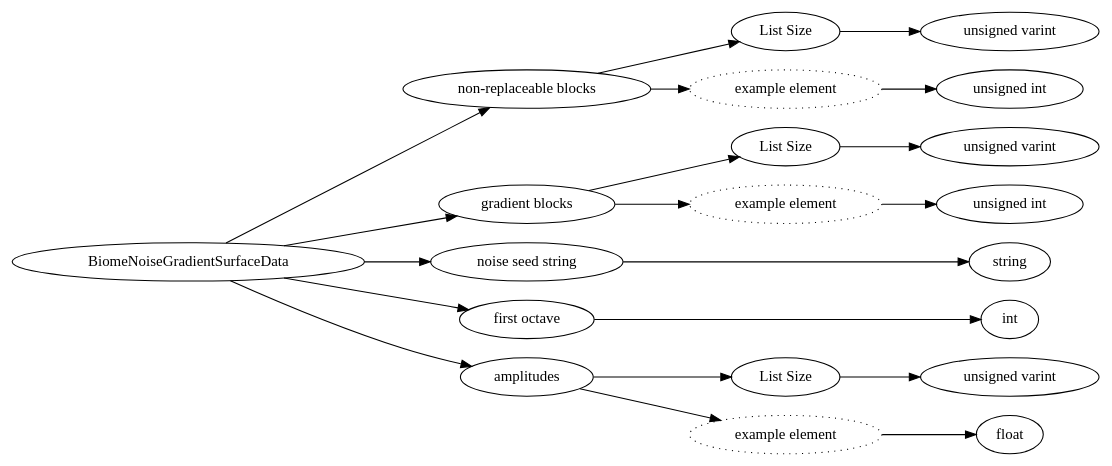
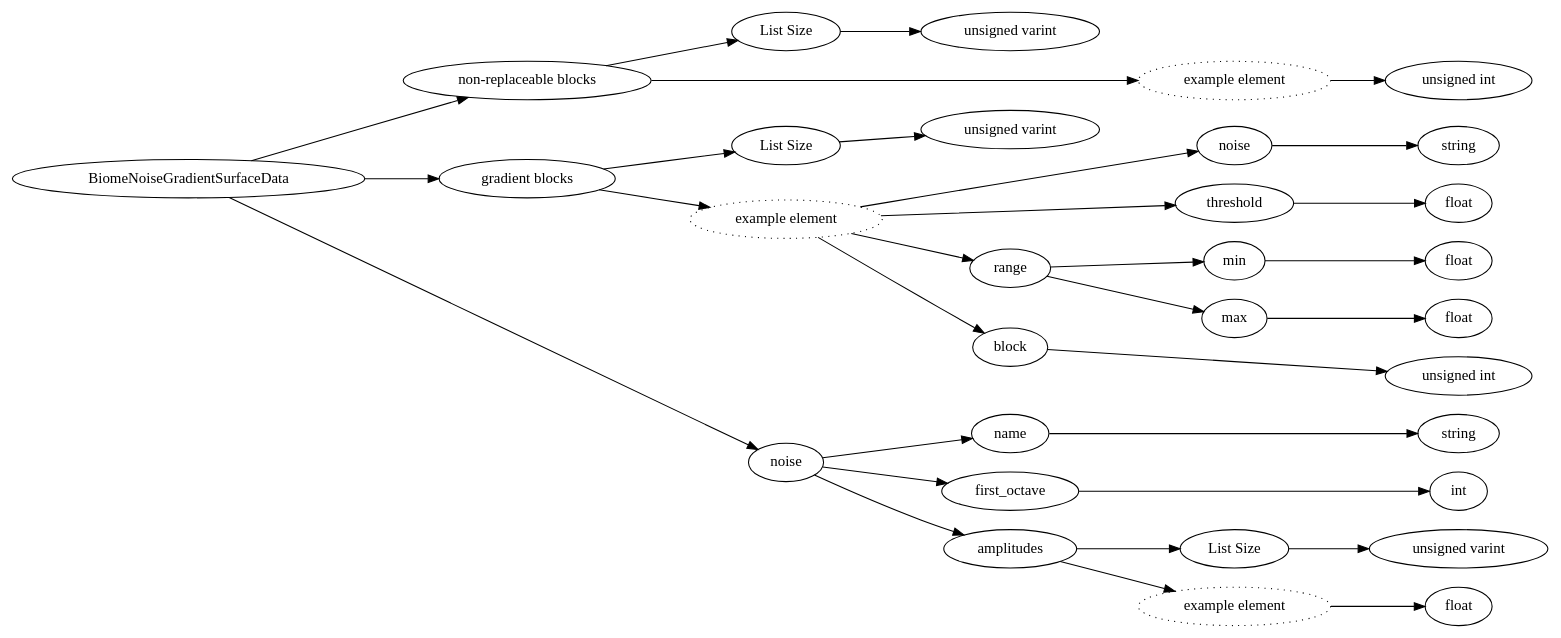
The diagram in dot/BiomeNoiseGradientSurfaceData.dot (Mojang/bedrock-protocol-docs), drawn with Graphviz before and after one commit. The commit also changed 433 other files, not shown here.

```diff
--- a/dot/BiomeNoiseGradientSurfaceData.dot
+++ b/dot/BiomeNoiseGradientSurfaceData.dot
@@ -1,46 +1,68 @@
 digraph "BiomeNoiseGradientSurfaceData" {
 rankdir = LR
 0
 0 -> 1
 1 -> 2
 2 -> 3
 1 -> 4
 4 -> 5
 0 -> 6
 6 -> 7
 7 -> 8
 6 -> 9
 9 -> 10
-0 -> 11
-11 -> 12
-0 -> 13
-13 -> 14
-0 -> 15
+10 -> 11
+9 -> 12
+12 -> 13
+9 -> 14
+14 -> 15
 15 -> 16
-16 -> 17
-15 -> 18
-18 -> 19
+14 -> 17
+17 -> 18
+9 -> 19
+19 -> 20
+0 -> 21
+21 -> 22
+22 -> 23
+21 -> 24
+24 -> 25
+21 -> 26
+26 -> 27
+27 -> 28
+26 -> 29
+29 -> 30
 
 0 [label="BiomeNoiseGradientSurfaceData",comment="name: \"BiomeNoiseGradientSurfaceData\", typeName: \"\", id: 0, branchId: 0, recurseId: -1, attributes: 0, notes: \"\""];
 1 [label="non-replaceable blocks",comment="name: \"non-replaceable blocks\", typeName: \"\", id: 1, branchId: 0, recurseId: -1, attributes: 0, notes: \"\""];
 2 [label="List Size",comment="name: \"List Size\", typeName: \"\", id: 2, branchId: 0, recurseId: -1, attributes: 0, notes: \"\""];
 3 [label="unsigned varint",comment="name: \"unsigned varint\", typeName: \"\", id: 3, branchId: 0, recurseId: -1, attributes: 0, notes: \"\""];
 4 [label="example element",style=dotted,comment="name: \"example element\", typeName: \"\", id: 4, branchId: 0, recurseId: -1, attributes: 16, notes: \"\""];
 5 [label="unsigned int",comment="name: \"unsigned int\", typeName: \"\", id: 5, branchId: 0, recurseId: -1, attributes: 512, notes: \"\""];
 6 [label="gradient blocks",comment="name: \"gradient blocks\", typeName: \"\", id: 6, branchId: 0, recurseId: -1, attributes: 0, notes: \"\""];
 7 [label="List Size",comment="name: \"List Size\", typeName: \"\", id: 7, branchId: 0, recurseId: -1, attributes: 0, notes: \"\""];
 8 [label="unsigned varint",comment="name: \"unsigned varint\", typeName: \"\", id: 8, branchId: 0, recurseId: -1, attributes: 0, notes: \"\""];
 9 [label="example element",style=dotted,comment="name: \"example element\", typeName: \"\", id: 9, branchId: 0, recurseId: -1, attributes: 16, notes: \"\""];
-10 [label="unsigned int",comment="name: \"unsigned int\", typeName: \"\", id: 10, branchId: 0, recurseId: -1, attributes: 512, notes: \"\""];
-11 [label="noise seed string",comment="name: \"noise seed string\", typeName: \"\", id: 11, branchId: 0, recurseId: -1, attributes: 0, notes: \"\""];
-12 [label="string",comment="name: \"string\", typeName: \"\", id: 12, branchId: 0, recurseId: -1, attributes: 512, notes: \"\""];
-13 [label="first octave",comment="name: \"first octave\", typeName: \"\", id: 13, branchId: 0, recurseId: -1, attributes: 0, notes: \"\""];
-14 [label="int",comment="name: \"int\", typeName: \"\", id: 14, branchId: 0, recurseId: -1, attributes: 512, notes: \"\""];
-15 [label="amplitudes",comment="name: \"amplitudes\", typeName: \"\", id: 15, branchId: 0, recurseId: -1, attributes: 0, notes: \"\""];
-16 [label="List Size",comment="name: \"List Size\", typeName: \"\", id: 16, branchId: 0, recurseId: -1, attributes: 0, notes: \"\""];
-17 [label="unsigned varint",comment="name: \"unsigned varint\", typeName: \"\", id: 17, branchId: 0, recurseId: -1, attributes: 0, notes: \"\""];
-18 [label="example element",style=dotted,comment="name: \"example element\", typeName: \"\", id: 18, branchId: 0, recurseId: -1, attributes: 16, notes: \"\""];
-19 [label="float",comment="name: \"float\", typeName: \"\", id: 19, branchId: 0, recurseId: -1, attributes: 512, notes: \"\""];
-{ rank = max;5;10;12;14;19}
+10 [label="noise",comment="name: \"noise\", typeName: \"\", id: 10, branchId: 0, recurseId: -1, attributes: 0, notes: \"\""];
+11 [label="string",comment="name: \"string\", typeName: \"\", id: 11, branchId: 0, recurseId: -1, attributes: 512, notes: \"\""];
+12 [label="threshold",comment="name: \"threshold\", typeName: \"\", id: 12, branchId: 0, recurseId: -1, attributes: 0, notes: \"\""];
+13 [label="float",comment="name: \"float\", typeName: \"\", id: 13, branchId: 0, recurseId: -1, attributes: 512, notes: \"\""];
+14 [label="range",comment="name: \"range\", typeName: \"\", id: 14, branchId: 0, recurseId: -1, attributes: 0, notes: \"\""];
+15 [label="min",comment="name: \"min\", typeName: \"\", id: 15, branchId: 0, recurseId: -1, attributes: 0, notes: \"\""];
+16 [label="float",comment="name: \"float\", typeName: \"\", id: 16, branchId: 0, recurseId: -1, attributes: 512, notes: \"\""];
+17 [label="max",comment="name: \"max\", typeName: \"\", id: 17, branchId: 0, recurseId: -1, attributes: 0, notes: \"\""];
+18 [label="float",comment="name: \"float\", typeName: \"\", id: 18, branchId: 0, recurseId: -1, attributes: 512, notes: \"\""];
+19 [label="block",comment="name: \"block\", typeName: \"\", id: 19, branchId: 0, recurseId: -1, attributes: 0, notes: \"\""];
+20 [label="unsigned int",comment="name: \"unsigned int\", typeName: \"\", id: 20, branchId: 0, recurseId: -1, attributes: 512, notes: \"\""];
+21 [label="noise",comment="name: \"noise\", typeName: \"\", id: 21, branchId: 0, recurseId: -1, attributes: 0, notes: \"\""];
+22 [label="name",comment="name: \"name\", typeName: \"\", id: 22, branchId: 0, recurseId: -1, attributes: 0, notes: \"The string used to initialize the noise. Has no impact on the qualitative aspects of the generated values.\""];
+23 [label="string",comment="name: \"string\", typeName: \"\", id: 23, branchId: 0, recurseId: -1, attributes: 512, notes: \"The string used to initialize the noise. Has no impact on the qualitative aspects of the generated values.\""];
+24 [label="first_octave",comment="name: \"first_octave\", typeName: \"\", id: 24, branchId: 0, recurseId: -1, attributes: 0, notes: \"Governs the general frequency characteristics of the generated noise. Lower value results in noise with lower frequency content.\""];
+25 [label="int",comment="name: \"int\", typeName: \"\", id: 25, branchId: 0, recurseId: -1, attributes: 512, notes: \"Governs the general frequency characteristics of the generated noise. Lower value results in noise with lower frequency content.\""];
+26 [label="amplitudes",comment="name: \"amplitudes\", typeName: \"\", id: 26, branchId: 0, recurseId: -1, attributes: 0, notes: \"Governs the attenuation of the first n octaves in the generated noise.\""];
+27 [label="List Size",comment="name: \"List Size\", typeName: \"\", id: 27, branchId: 0, recurseId: -1, attributes: 0, notes: \"\""];
+28 [label="unsigned varint",comment="name: \"unsigned varint\", typeName: \"\", id: 28, branchId: 0, recurseId: -1, attributes: 0, notes: \"\""];
+29 [label="example element",style=dotted,comment="name: \"example element\", typeName: \"\", id: 29, branchId: 0, recurseId: -1, attributes: 16, notes: \"\""];
+30 [label="float",comment="name: \"float\", typeName: \"\", id: 30, branchId: 0, recurseId: -1, attributes: 512, notes: \"\""];
+{ rank = max;5;11;13;16;18;20;23;25;30}
 
 }
```
